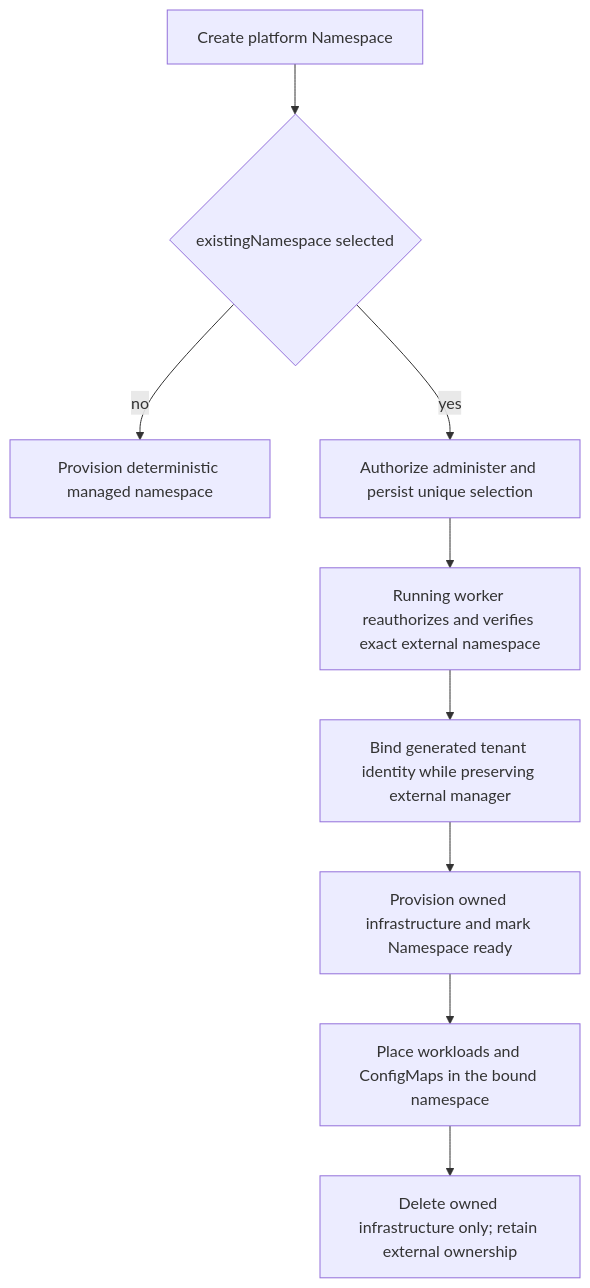
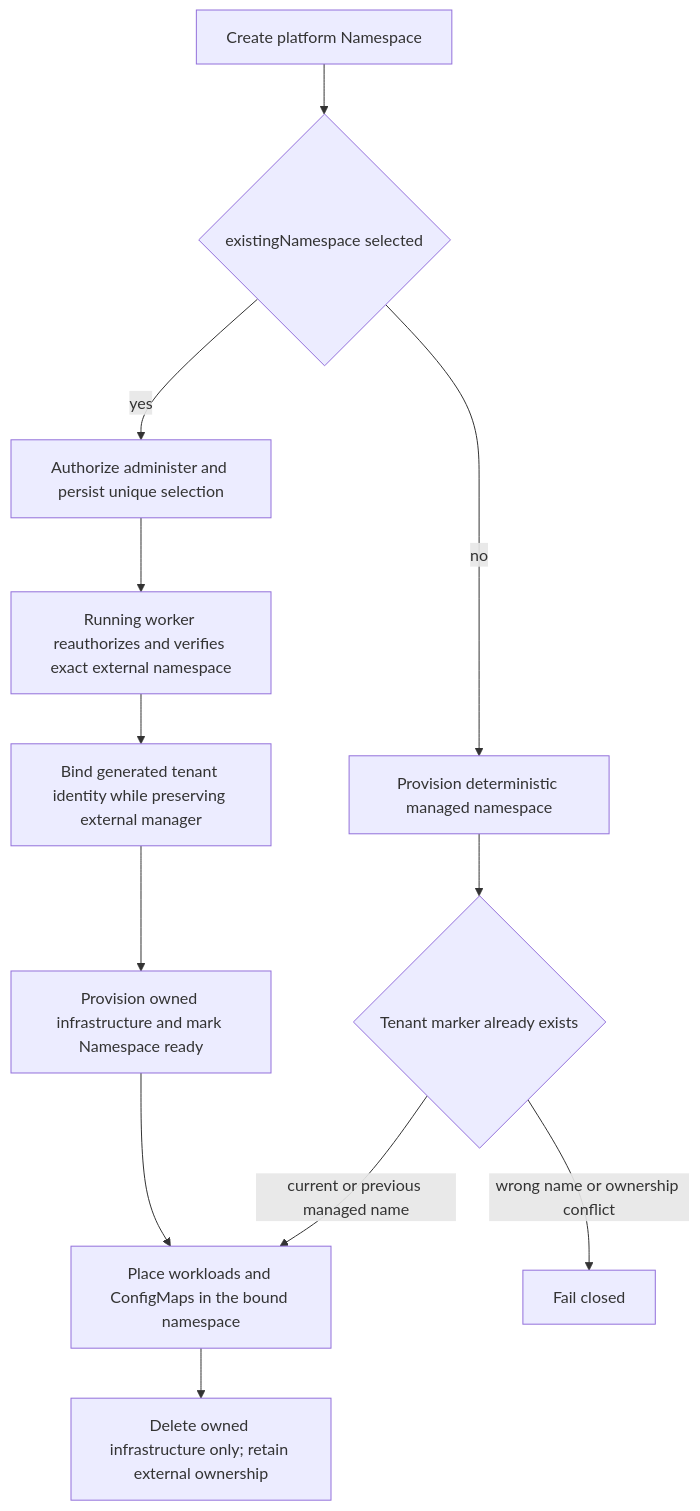
Before and after one commit to IsaiahStapleton/openclaw-enterprise: the diagram in docs/flows/kubernetes-existing-namespace-placement.md, drawn with Mermaid. The commit also changed other lines of this file and 3 other files, not shown here.

````diff
--- a/docs/flows/kubernetes-existing-namespace-placement.md
+++ b/docs/flows/kubernetes-existing-namespace-placement.md
@@ -31,11 +33,14 @@
 ```mermaid
 graph TD
   A["Create platform Namespace"] --> B{"existingNamespace selected"}
   B -->|no| C["Provision deterministic managed namespace"]
+  C --> J{"Tenant marker already exists"}
+  J -->|current or previous managed name| H
+  J -->|wrong name or ownership conflict| K["Fail closed"]
   B -->|yes| D["Authorize administer and persist unique selection"]
   D --> E["Running worker reauthorizes and verifies exact external namespace"]
   E --> F["Bind generated tenant identity while preserving external manager"]
   F --> G["Provision owned infrastructure and mark Namespace ready"]
   G --> H["Place workloads and ConfigMaps in the bound namespace"]
   H --> I["Delete owned infrastructure only; retain external ownership"]
 ```
````
